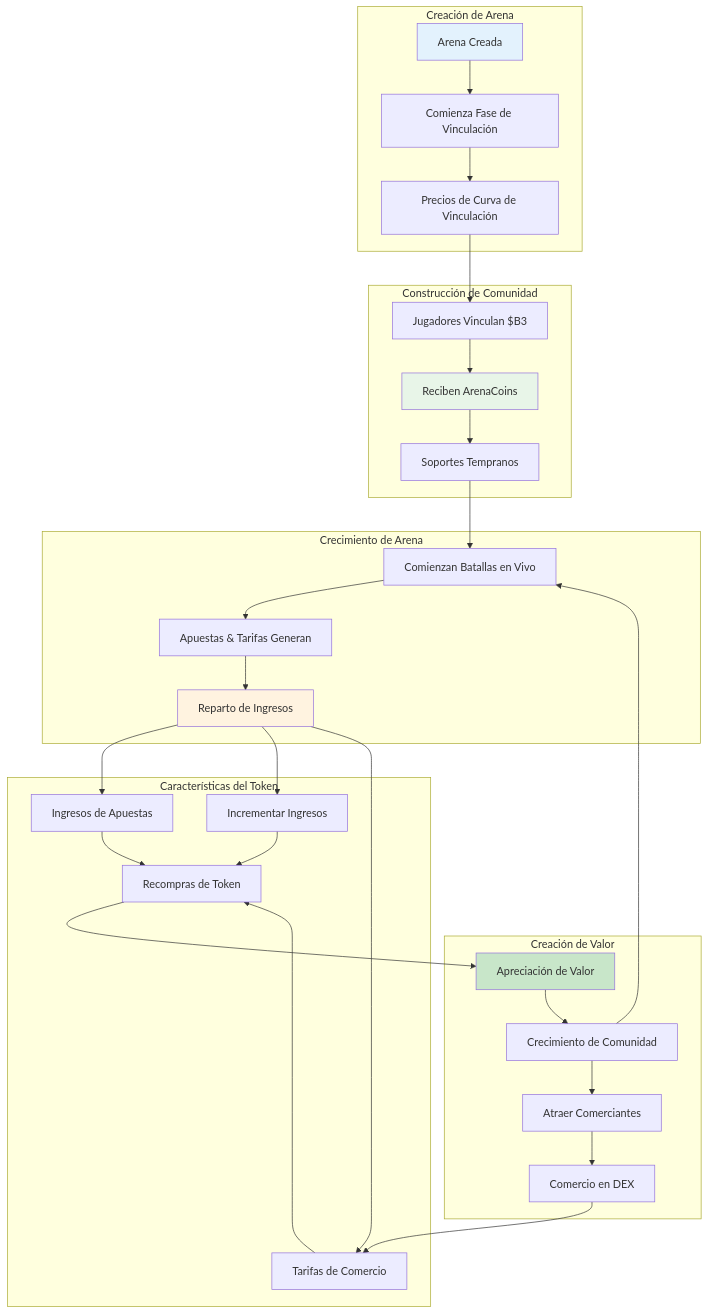
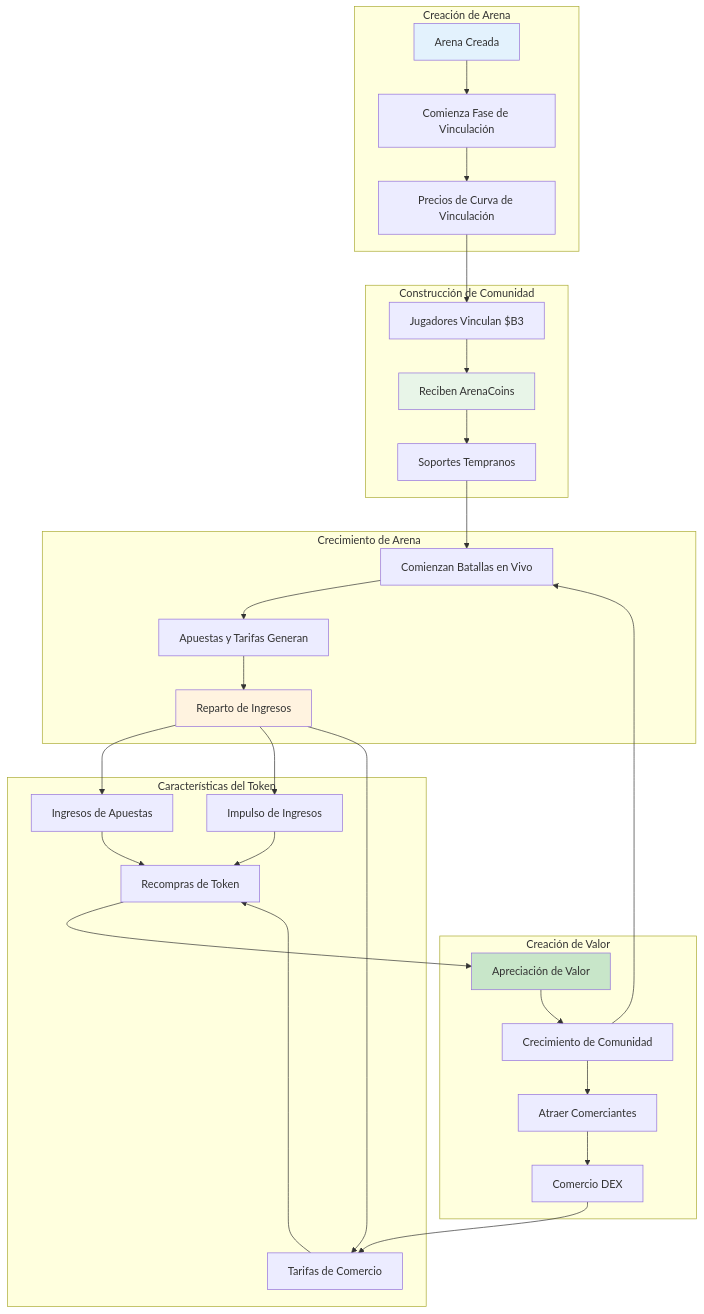
Before and after one commit to b3-fun/b3: the first of 2 diagrams in docs/es/hypeduel/arenacoins.mdx, drawn with Mermaid. The commit also changed other lines of this file and 95 other files, not shown here.

````diff
--- a/docs/es/hypeduel/arenacoins.mdx
+++ b/docs/es/hypeduel/arenacoins.mdx
@@ -13,43 +15,43 @@
 ```mermaid
 graph TD
     subgraph "Creación de Arena"
         AC[Arena Creada] --> BP[Comienza Fase de Vinculación]
         BP --> BC[Precios de Curva de Vinculación]
     end
 
     subgraph "Construcción de Comunidad"
         BC --> PB[Jugadores Vinculan $B3]
         PB --> RA[Reciben ArenaCoins]
         RA --> ES[Soportes Tempranos]
     end
 
     subgraph "Crecimiento de Arena"
         ES --> LB[Comienzan Batallas en Vivo]
-        LB --> BF[Apuestas & Tarifas Generan]
+        LB --> BF[Apuestas y Tarifas Generan]
         BF --> RS[Reparto de Ingresos]
     end
 
     subgraph "Características del Token"
         RS --> RV[Ingresos de Apuestas]
-        RS --> BR[Incrementar Ingresos]
+        RS --> BR[Impulso de Ingresos]
         RS --> TF[Tarifas de Comercio]
         RV --> TB[Recompras de Token]
         BR --> TB
         TF --> TB
     end
 
     subgraph "Creación de Valor"
         TB --> VA[Apreciación de Valor]
         VA --> CG[Crecimiento de Comunidad]
         CG --> AT[Atraer Comerciantes]
-        AT --> DX[Comercio en DEX]
+        AT --> DX[Comercio DEX]
     end
 
     DX --> TF
     CG --> LB
 
     style AC fill:#e3f2fd
     style RA fill:#e8f5e8
     style RS fill:#fff3e0
     style VA fill:#c8e6c9
 ```
````
